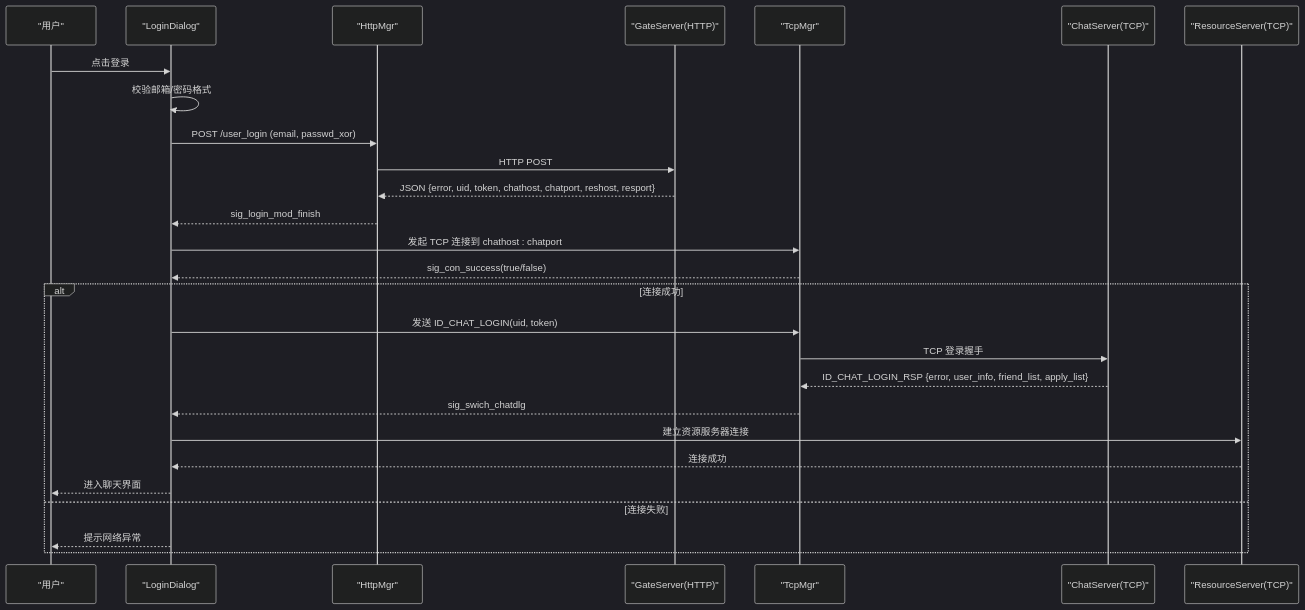
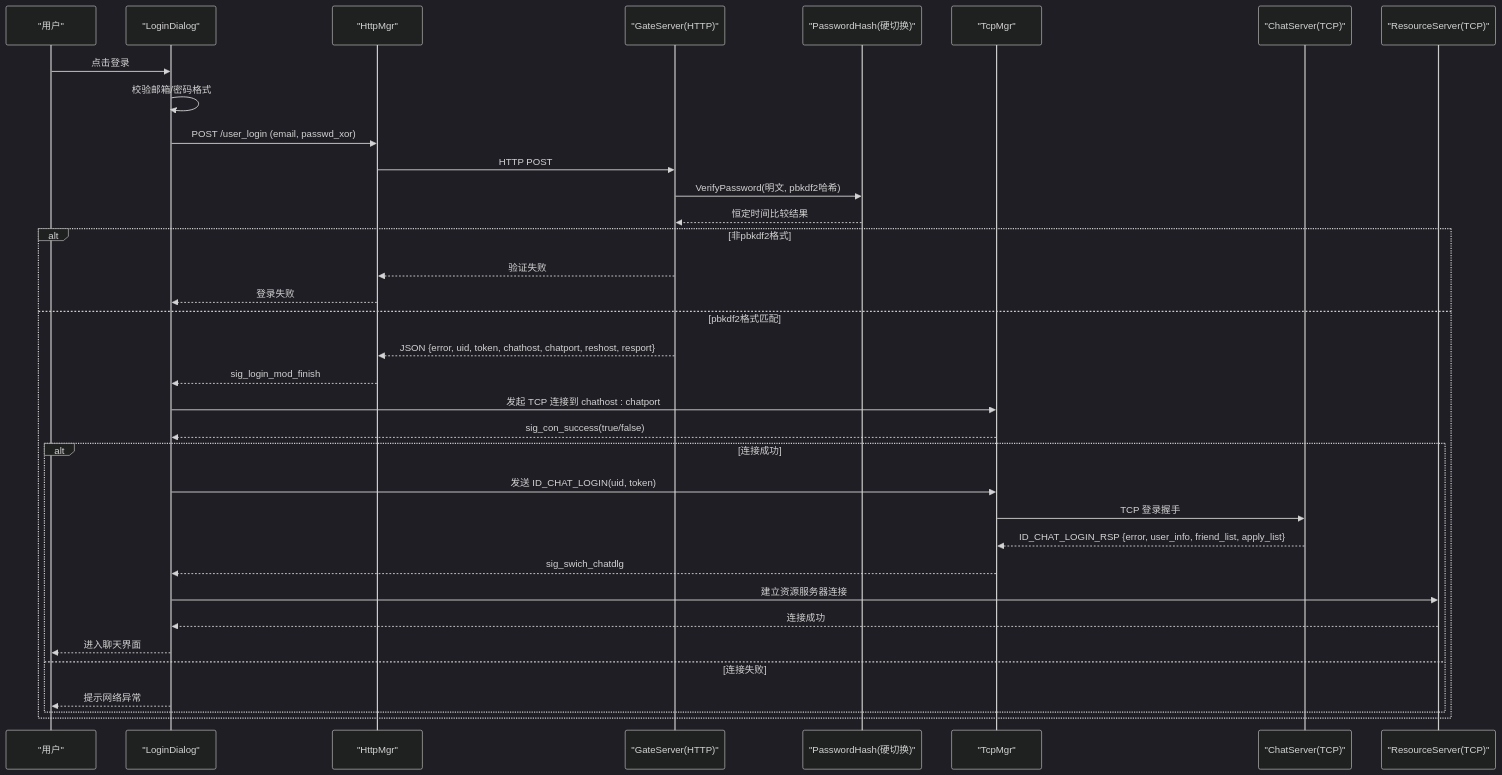
Before and after one commit to echo9923/mychatter: the second of 7 diagrams in .qoder/repowiki/zh/content/核心功能模块/用户认证系统/用户登录功能.md, drawn with Mermaid (dark theme). The commit also changed other lines of this file and 58 other files, not shown here.

````diff
--- a/.qoder/repowiki/zh/content/核心功能模块/用户认证系统/用户登录功能.md
+++ b/.qoder/repowiki/zh/content/核心功能模块/用户认证系统/用户登录功能.md
@@ -110,29 +136,37 @@
 ```mermaid
 sequenceDiagram
 participant U as "用户"
 participant LD as "LoginDialog"
 participant HM as "HttpMgr"
 participant GS as "GateServer(HTTP)"
+participant PH as "PasswordHash(硬切换)"
 participant TM as "TcpMgr"
 participant CS as "ChatServer(TCP)"
 participant RS as "ResourceServer(TCP)"
 U->>LD : 点击登录
 LD->>LD : 校验邮箱/密码格式
 LD->>HM : POST /user_login (email, passwd_xor)
 HM->>GS : HTTP POST
+GS->>PH : VerifyPassword(明文, pbkdf2哈希)
+PH-->>GS : 恒定时间比较结果
+alt 非pbkdf2格式
+GS-->>HM : 验证失败
+HM-->>LD : 登录失败
+else pbkdf2格式匹配
 GS-->>HM : JSON {error, uid, token, chathost, chatport, reshost, resport}
 HM-->>LD : sig_login_mod_finish
 LD->>TM : 发起 TCP 连接到 chathost : chatport
 TM-->>LD : sig_con_success(true/false)
 alt 连接成功
 LD->>TM : 发送 ID_CHAT_LOGIN(uid, token)
 TM->>CS : TCP 登录握手
 CS-->>TM : ID_CHAT_LOGIN_RSP {error, user_info, friend_list, apply_list}
 TM-->>LD : sig_swich_chatdlg
 LD->>RS : 建立资源服务器连接
 RS-->>LD : 连接成功
 LD-->>U : 进入聊天界面
 else 连接失败
 LD-->>U : 提示网络异常
 end
+end
 ```
````
